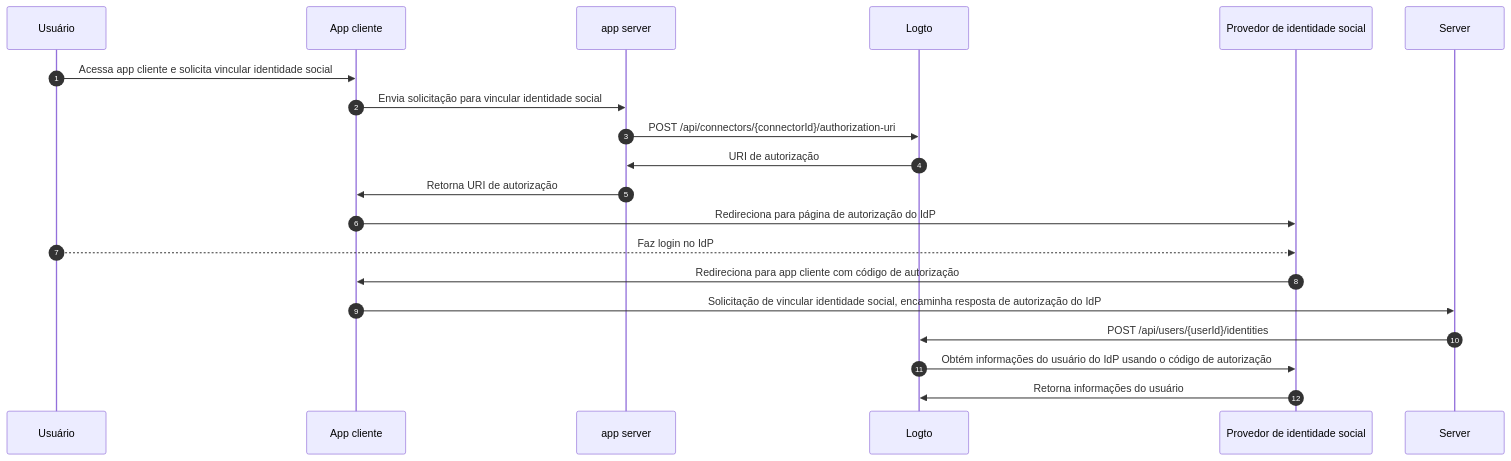
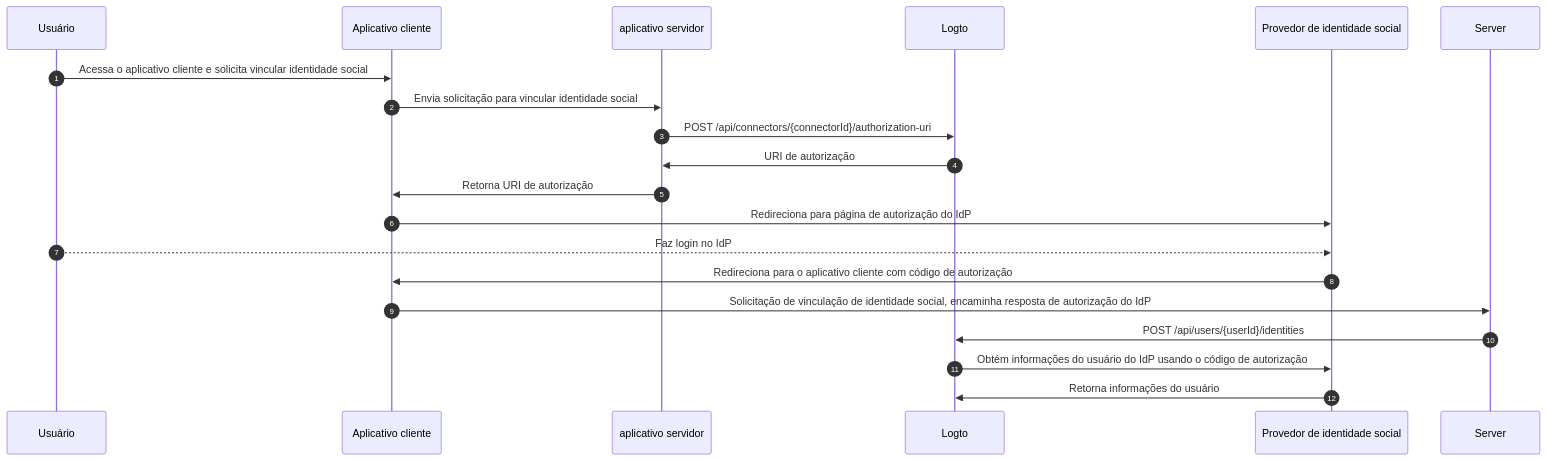
The third of 3 diagrams in i18n/pt-BR/docusaurus-plugin-content-docs/current/end-user-flows/account-settings/by-management-api.mdx (logto-io/docs), drawn with Mermaid before and after one commit. The commit also changed other lines of this file and 74 other files, not shown here.

````diff
--- a/i18n/pt-BR/docusaurus-plugin-content-docs/current/end-user-flows/account-settings/by-management-api.mdx
+++ b/i18n/pt-BR/docusaurus-plugin-content-docs/current/end-user-flows/account-settings/by-management-api.mdx
@@ -120,22 +120,22 @@
 ```mermaid
 sequenceDiagram
     autoNumber
     participant User as Usuário
-    participant Client as App cliente
-    participant App as app server
+    participant Client as Aplicativo cliente
+    participant App as aplicativo servidor
     participant Logto as Logto
     participant IdP as Provedor de identidade social
 
-    User ->> Client: Acessa app cliente e solicita vincular identidade social
+    User ->> Client: Acessa o aplicativo cliente e solicita vincular identidade social
     Client ->> App: Envia solicitação para vincular identidade social
     App ->> Logto: POST /api/connectors/{connectorId}/authorization-uri
     Logto ->> App: URI de autorização
     App ->> Client: Retorna URI de autorização
     Client ->> IdP: Redireciona para página de autorização do IdP
     User -->> IdP: Faz login no IdP
-    IdP ->> Client: Redireciona para app cliente com código de autorização
-    Client ->> Server: Solicitação de vincular identidade social, encaminha resposta de autorização do IdP
+    IdP ->> Client: Redireciona para o aplicativo cliente com código de autorização
+    Client ->> Server: Solicitação de vinculação de identidade social, encaminha resposta de autorização do IdP
     Server ->> Logto: POST /api/users/{userId}/identities
     Logto ->> IdP: Obtém informações do usuário do IdP usando o código de autorização
     IdP ->> Logto: Retorna informações do usuário
 ```
````
